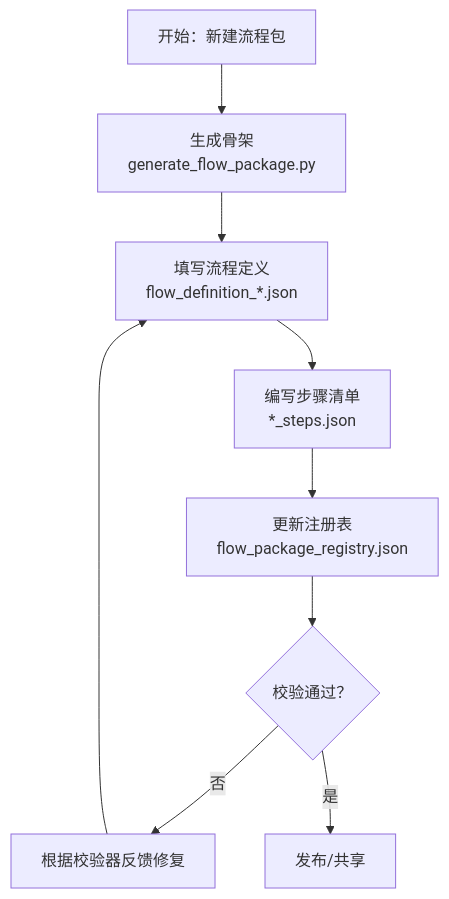
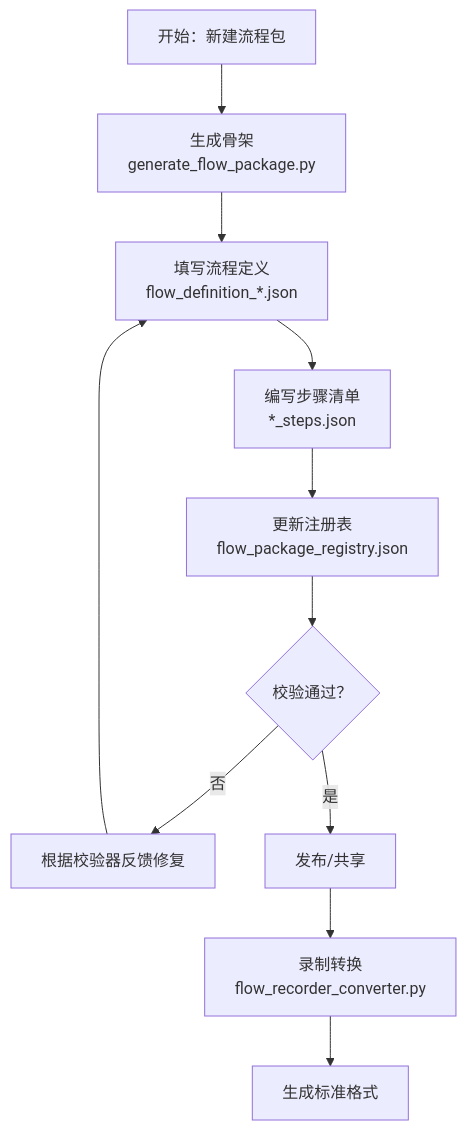
The third of 10 diagrams in .qoder/repowiki/zh/content/流程管理/流程包管理/流程包管理.md (hanago33/WT_Automation), drawn with Mermaid before and after one commit. The commit also changed other lines of this file and 220 other files, not shown here.

````diff
--- a/.qoder/repowiki/zh/content/流程管理/流程包管理/流程包管理.md
+++ b/.qoder/repowiki/zh/content/流程管理/流程包管理/流程包管理.md
@@ -210,11 +254,13 @@
 ```mermaid
 flowchart TD
 A["开始：新建流程包"] --> B["生成骨架<br/>generate_flow_package.py"]
 B --> C["填写流程定义<br/>flow_definition_*.json"]
 C --> D["编写步骤清单<br/>*_steps.json"]
 D --> E["更新注册表<br/>flow_package_registry.json"]
 E --> F{"校验通过？"}
 F -- 否 --> G["根据校验器反馈修复"]
 G --> C
 F -- 是 --> H["发布/共享"]
+H --> I["录制转换<br/>flow_recorder_converter.py"]
+I --> J["生成标准格式"]
 ```
````
